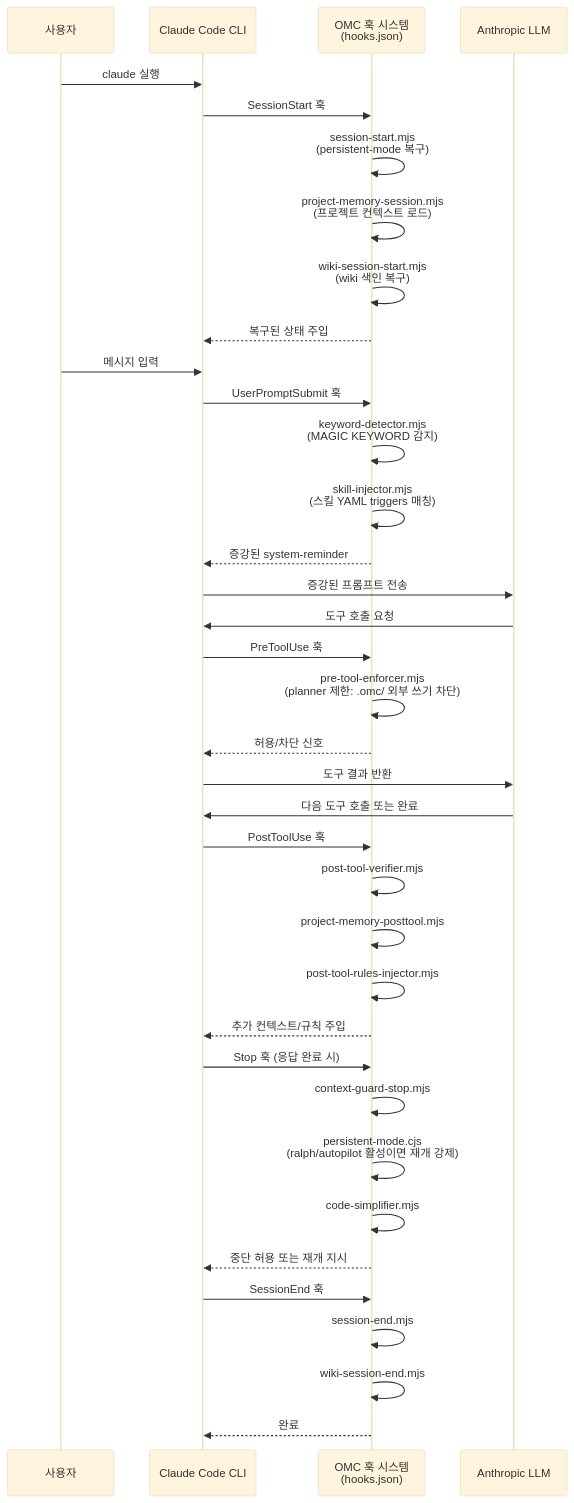
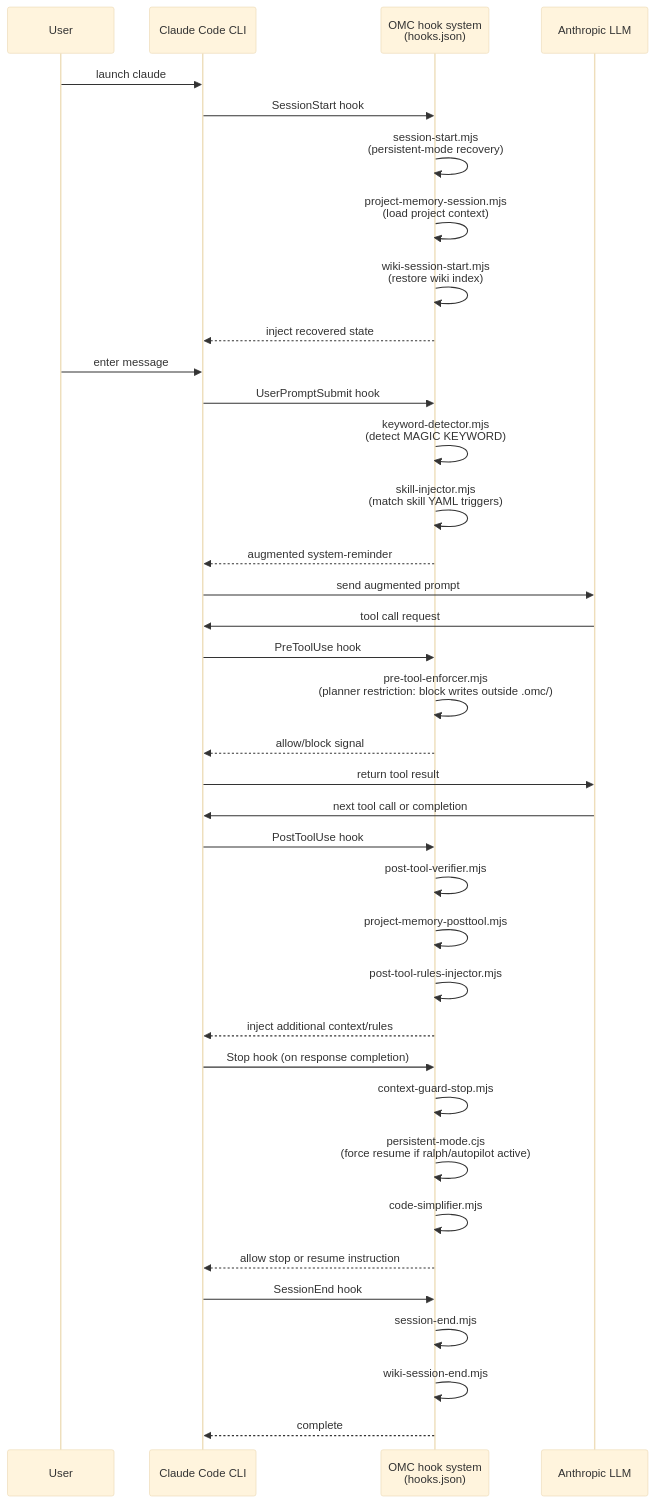
The diagram in design/reference/oh-my-claudecode.md (wonjinsin/harness-flow), drawn with Mermaid (base theme) before and after one commit. The commit also changed other lines of this file and 28 other files, not shown here.

First line of the commit message:
feat: scaffold harness-flow Claude Code plugin and rename skill suite

````diff
--- a/design/reference/oh-my-claudecode.md
+++ b/design/reference/oh-my-claudecode.md
@@ -242,47 +249,47 @@
 ```mermaid
 sequenceDiagram
-    participant U as 사용자
+    participant U as User
     participant CC as Claude Code CLI
-    participant H as OMC 훅 시스템<br/>(hooks.json)
+    participant H as OMC hook system<br/>(hooks.json)
     participant LLM as Anthropic LLM
 
-    U->>CC: claude 실행
-    CC->>H: SessionStart 훅
-    H->>H: session-start.mjs<br/>(persistent-mode 복구)
-    H->>H: project-memory-session.mjs<br/>(프로젝트 컨텍스트 로드)
-    H->>H: wiki-session-start.mjs<br/>(wiki 색인 복구)
-    H-->>CC: 복구된 상태 주입
+    U->>CC: launch claude
+    CC->>H: SessionStart hook
+    H->>H: session-start.mjs<br/>(persistent-mode recovery)
+    H->>H: project-memory-session.mjs<br/>(load project context)
+    H->>H: wiki-session-start.mjs<br/>(restore wiki index)
+    H-->>CC: inject recovered state
 
-    U->>CC: 메시지 입력
-    CC->>H: UserPromptSubmit 훅
-    H->>H: keyword-detector.mjs<br/>(MAGIC KEYWORD 감지)
-    H->>H: skill-injector.mjs<br/>(스킬 YAML triggers 매칭)
-    H-->>CC: 증강된 system-reminder
+    U->>CC: enter message
+    CC->>H: UserPromptSubmit hook
+    H->>H: keyword-detector.mjs<br/>(detect MAGIC KEYWORD)
+    H->>H: skill-injector.mjs<br/>(match skill YAML triggers)
+    H-->>CC: augmented system-reminder
 
-    CC->>LLM: 증강된 프롬프트 전송
-    LLM->>CC: 도구 호출 요청
+    CC->>LLM: send augmented prompt
+    LLM->>CC: tool call request
 
-    CC->>H: PreToolUse 훅
-    H->>H: pre-tool-enforcer.mjs<br/>(planner 제한: .omc/ 외부 쓰기 차단)
-    H-->>CC: 허용/차단 신호
+    CC->>H: PreToolUse hook
+    H->>H: pre-tool-enforcer.mjs<br/>(planner restriction: block writes outside .omc/)
+    H-->>CC: allow/block signal
 
-    CC->>LLM: 도구 결과 반환
-    LLM->>CC: 다음 도구 호출 또는 완료
+    CC->>LLM: return tool result
+    LLM->>CC: next tool call or completion
 
-    CC->>H: PostToolUse 훅
+    CC->>H: PostToolUse hook
     H->>H: post-tool-verifier.mjs
     H->>H: project-memory-posttool.mjs
     H->>H: post-tool-rules-injector.mjs
-    H-->>CC: 추가 컨텍스트/규칙 주입
+    H-->>CC: inject additional context/rules
 
-    CC->>H: Stop 훅 (응답 완료 시)
+    CC->>H: Stop hook (on response completion)
     H->>H: context-guard-stop.mjs
-    H->>H: persistent-mode.cjs<br/>(ralph/autopilot 활성이면 재개 강제)
+    H->>H: persistent-mode.cjs<br/>(force resume if ralph/autopilot active)
     H->>H: code-simplifier.mjs
-    H-->>CC: 중단 허용 또는 재개 지시
+    H-->>CC: allow stop or resume instruction
 
-    CC->>H: SessionEnd 훅
+    CC->>H: SessionEnd hook
     H->>H: session-end.mjs
     H->>H: wiki-session-end.mjs
-    H-->>CC: 완료
+    H-->>CC: complete
 ```
````
